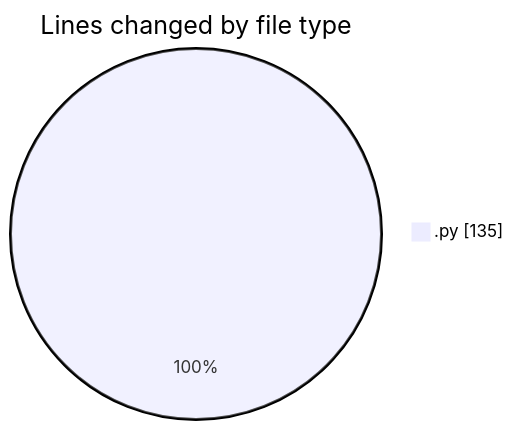
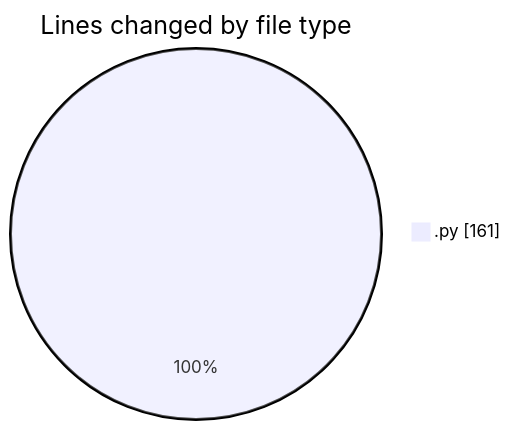
One commit to MatusMokan/code-tracking changed the first of 2 diagrams in 2025-10-25/untitled__workspace_/README.md. Above: the diagram before and after it, drawn with Mermaid. The commit also changed other lines of this file and 1 other file, not shown here.

````diff
--- a/2025-10-25/untitled__workspace_/README.md
+++ b/2025-10-25/untitled__workspace_/README.md
@@ -20,5 +20,5 @@
 ```mermaid
 pie showData
 title Lines changed by file type
-".py" : 135
+".py" : 161
 ```
````
